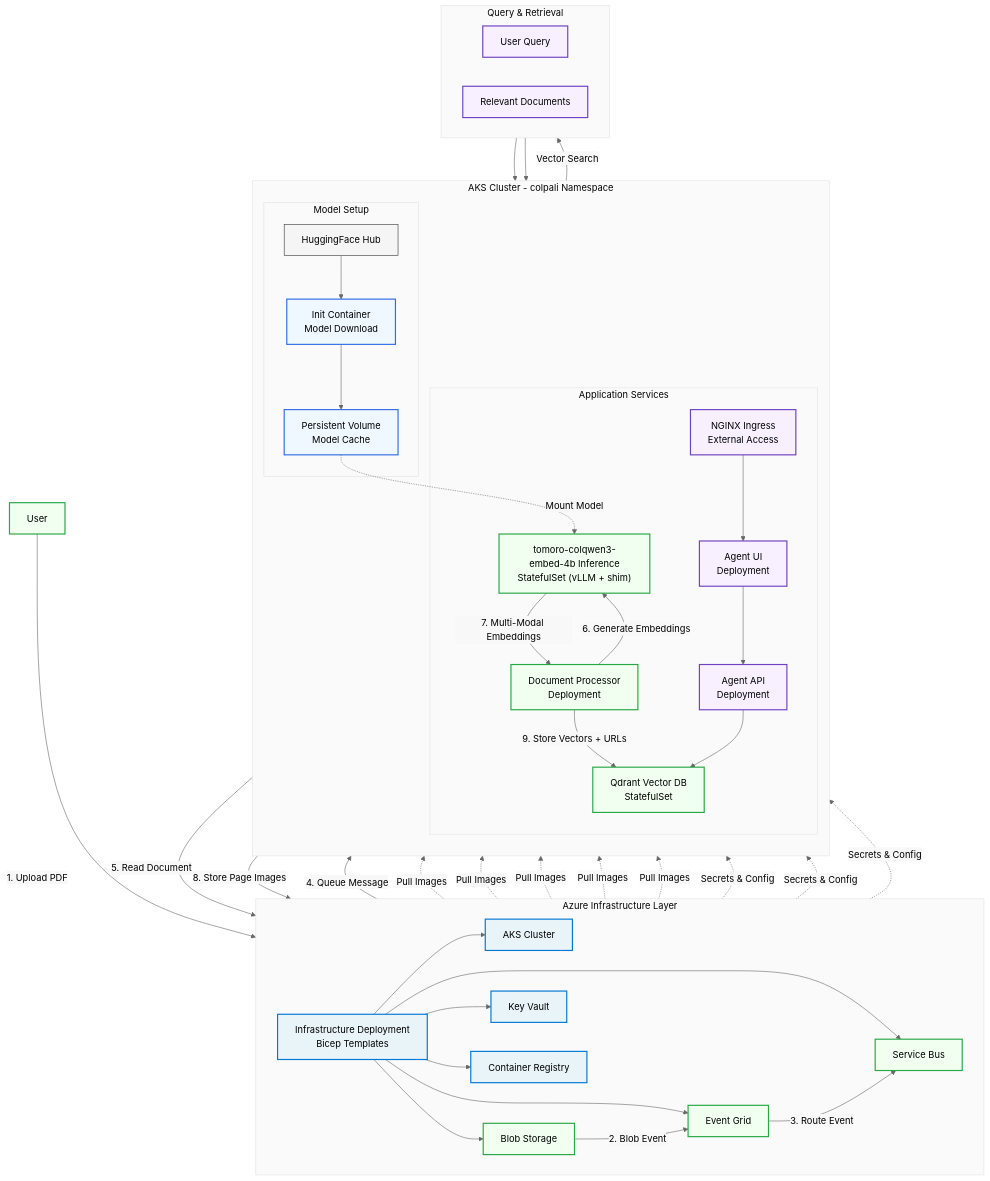
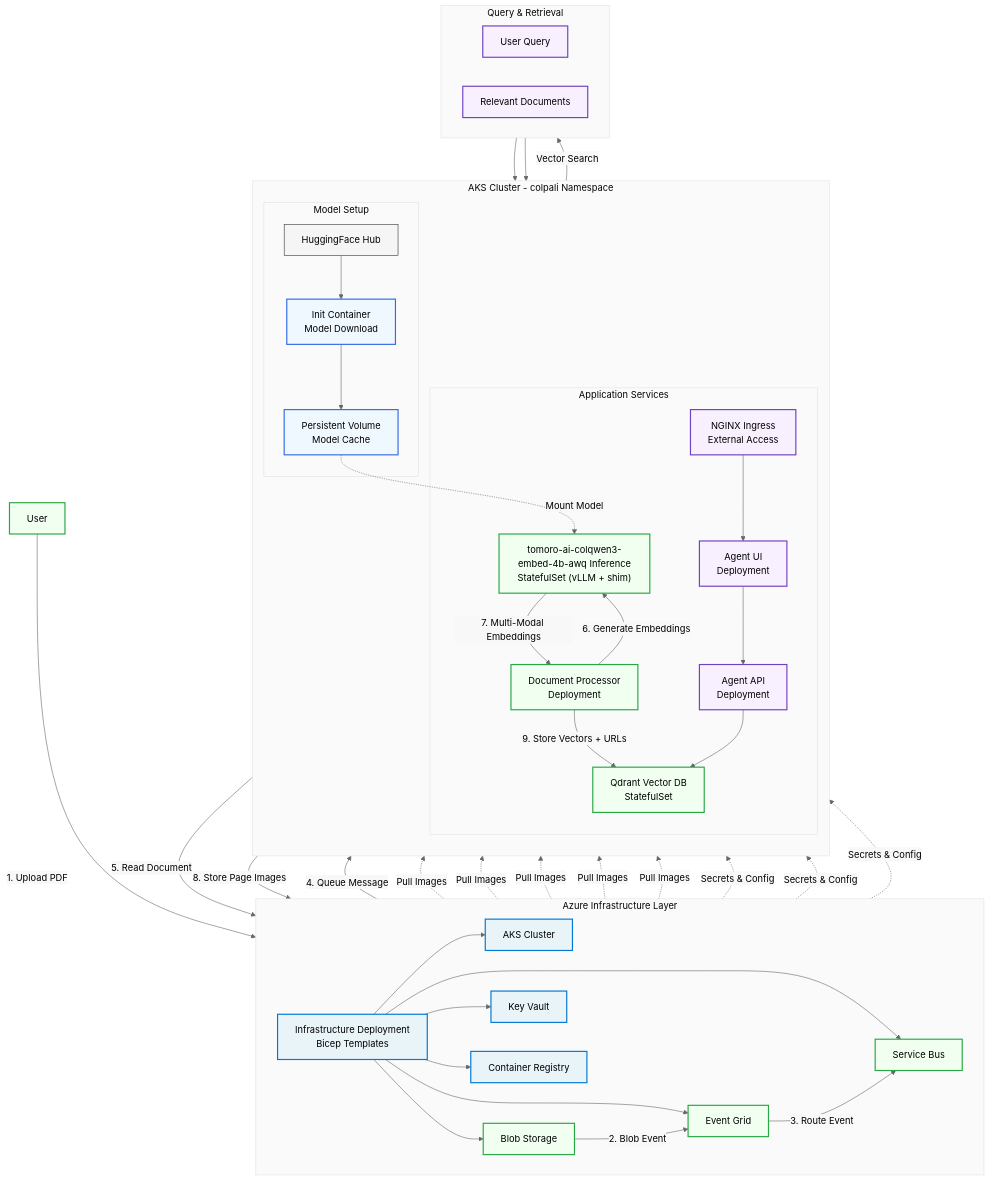
One commit to microsoft/multi-modal-rag-with-colpali changed the diagram in README.md. Above: the diagram before and after it, drawn with Mermaid. The commit also changed other lines of this file and 11 other files, not shown here.

```diff
--- a/README.md
+++ b/README.md
@@ -102,7 +104,7 @@
         end
 
         subgraph APP_SERVICES ["Application Services"]
-            COLQWEN["tomoro-colqwen3-embed-4b Inference<br/>StatefulSet (vLLM + shim)"]
+            COLQWEN["tomoro-ai-colqwen3-embed-4b-awq Inference<br/>StatefulSet (vLLM + shim)"]
             DOCPROC[Document Processor<br/>Deployment]
             QDRANT[Qdrant Vector DB<br/>StatefulSet]
             AGENT_API[Agent API<br/>Deployment]
```
